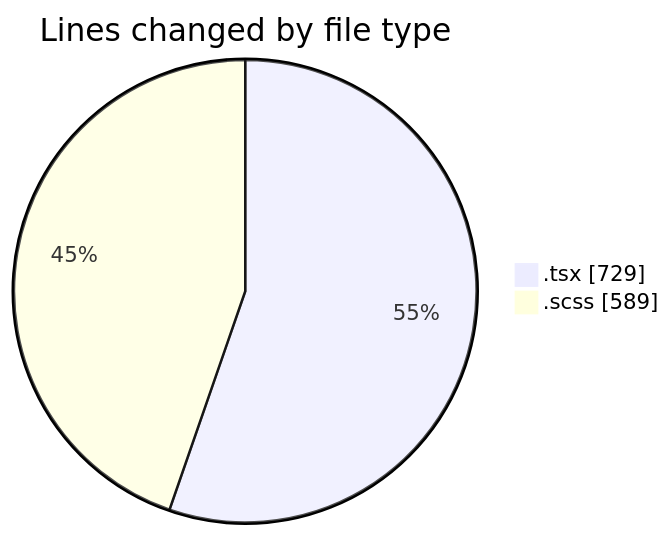
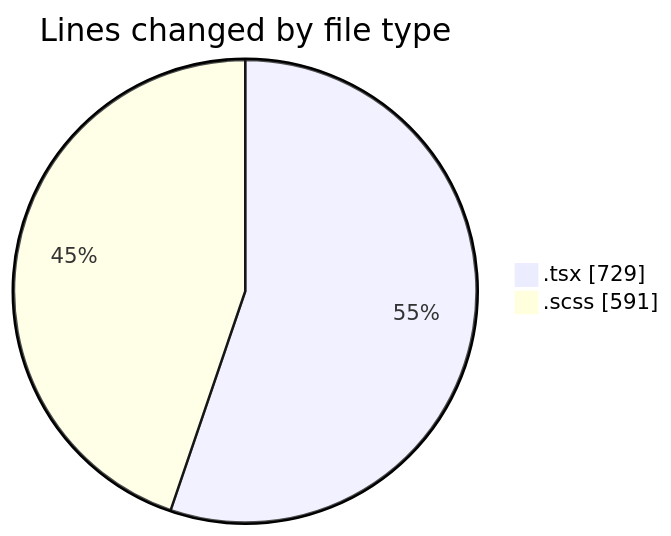
Before and after one commit to momahboobian/code-tracking: the first of 2 diagrams in 2025-10-06/cda/README.md, drawn with Mermaid. The commit also changed other lines of this file and 1 other file, not shown here.

````diff
--- a/2025-10-06/cda/README.md
+++ b/2025-10-06/cda/README.md
@@ -24,6 +24,6 @@
 ```mermaid
 pie showData
 title Lines changed by file type
 ".tsx" : 729
-".scss" : 589
+".scss" : 591
 ```
````
